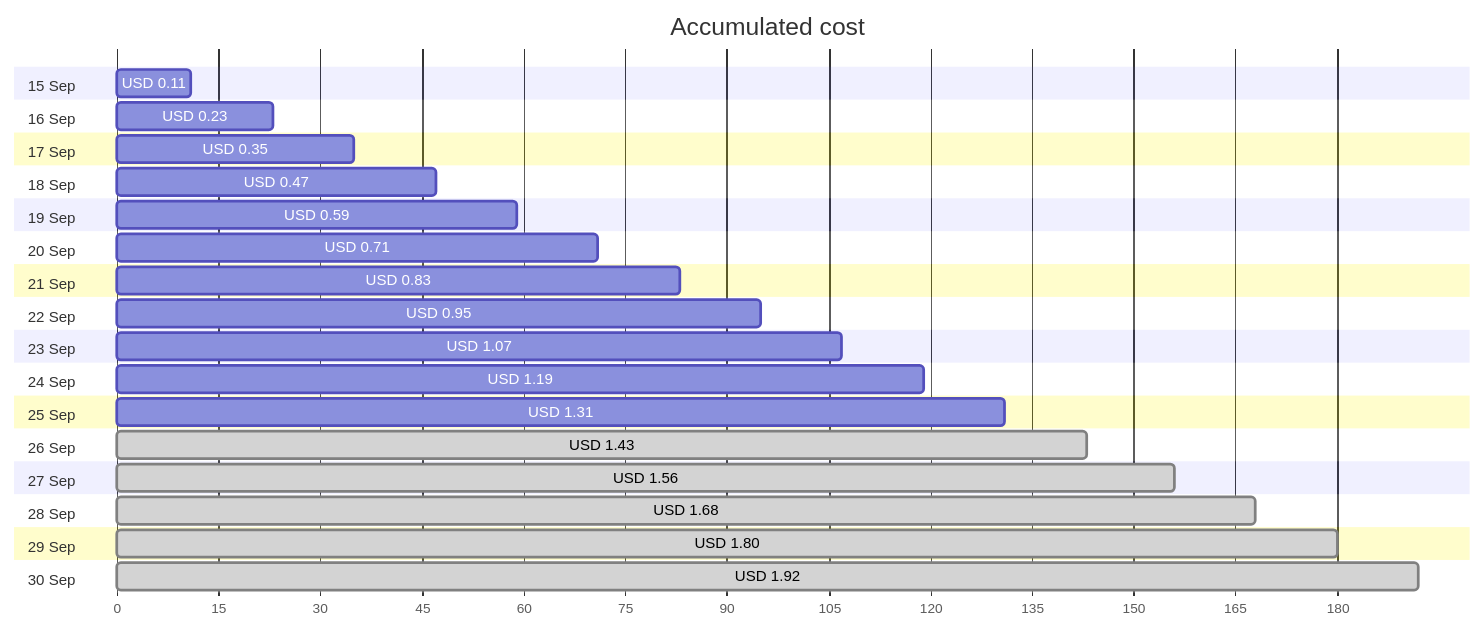
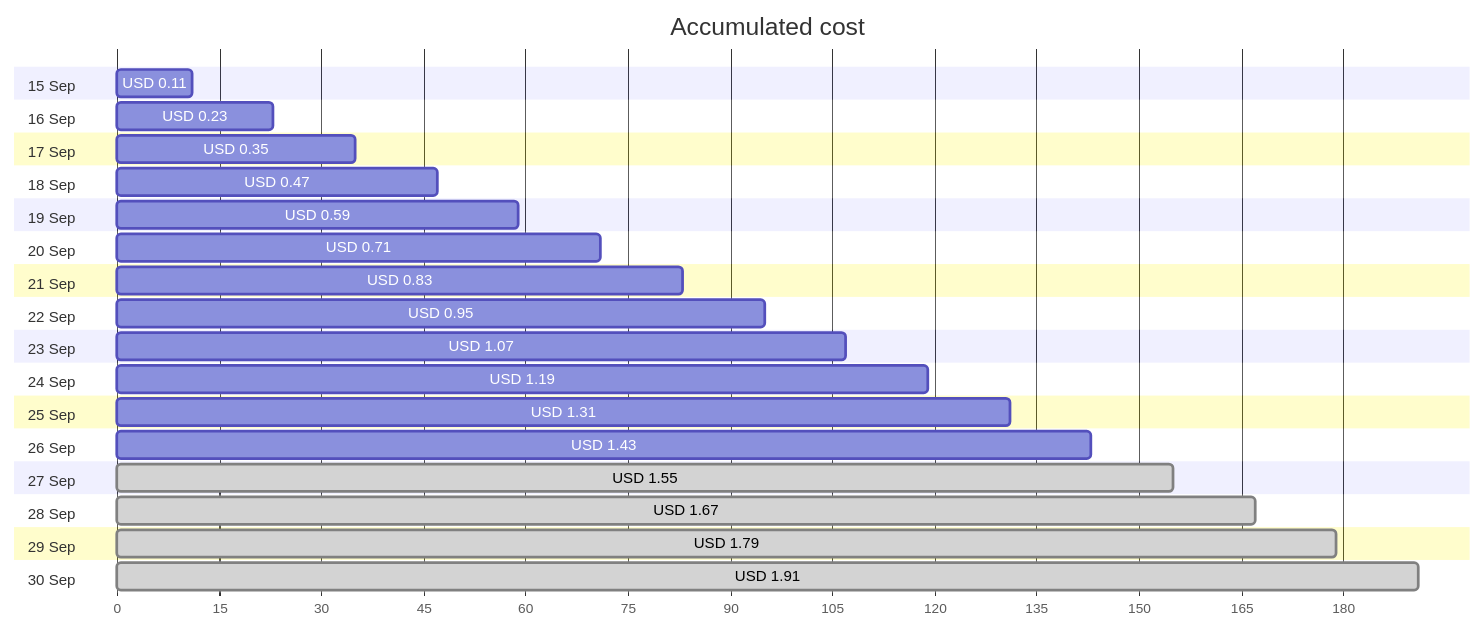
Before and after one commit to jpfulton/azure-personal-reports: the first of 4 diagrams in cost-reports/personal-network/vpn-server-public-ip.md, drawn with Mermaid. The commit also changed other lines of this file and 9 other files, not shown here.

````diff
--- a/cost-reports/personal-network/vpn-server-public-ip.md
+++ b/cost-reports/personal-network/vpn-server-public-ip.md
@@ -20,38 +20,38 @@
 ```mermaid
 gantt
    title Accumulated cost
    dateFormat  X
    axisFormat %s
    section 15 Sep
    USD 0.11 :0, 11
    section 16 Sep
    USD 0.23 :0, 23
    section 17 Sep
    USD 0.35 :0, 35
    section 18 Sep
    USD 0.47 :0, 47
    section 19 Sep
    USD 0.59 :0, 59
    section 20 Sep
    USD 0.71 :0, 71
    section 21 Sep
    USD 0.83 :0, 83
    section 22 Sep
    USD 0.95 :0, 95
    section 23 Sep
    USD 1.07 :0, 107
    section 24 Sep
    USD 1.19 :0, 119
    section 25 Sep
    USD 1.31 :0, 131
    section 26 Sep
-   USD 1.43 : done, 0, 143
+   USD 1.43 :0, 143
    section 27 Sep
-   USD 1.56 : done, 0, 156
+   USD 1.55 : done, 0, 155
    section 28 Sep
-   USD 1.68 : done, 0, 168
+   USD 1.67 : done, 0, 167
    section 29 Sep
-   USD 1.80 : done, 0, 180
+   USD 1.79 : done, 0, 179
    section 30 Sep
-   USD 1.92 : done, 0, 192
+   USD 1.91 : done, 0, 191
 ```
````
